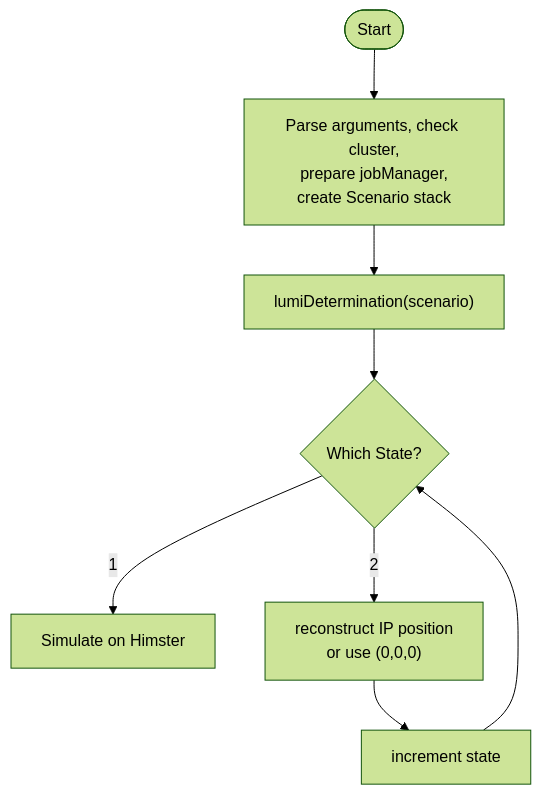
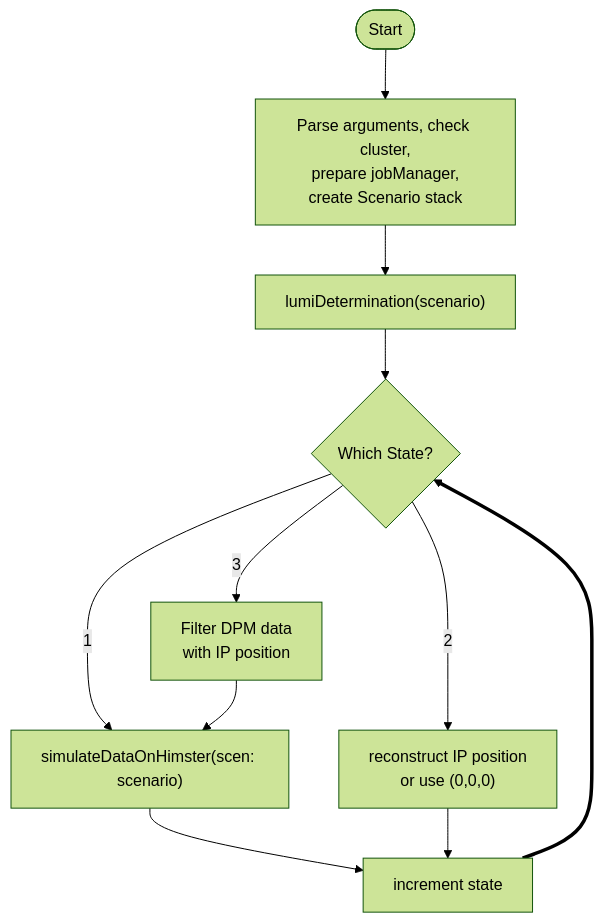
One commit to panda-luminosity-detector-group/LuminosityFit changed the fifth of 6 diagrams in README.md. Above: the diagram before and after it, drawn with Mermaid (forest theme). The commit also changed other lines of this file, not shown here.

Commit message:
updated flowcharts

````diff
--- a/README.md
+++ b/README.md
@@ -182,10 +182,13 @@
 ```mermaid
 flowchart TD
 start([Start]) --> setup[Parse arguments, check cluster,\n prepare jobManager, create Scenario stack]
 setup --> callLumi["lumiDetermination(scenario)"]
 callLumi --> state{Which State?}
-state --1--> simOnHim["Simulate on Himster"]
+state --1--> simOnHim["simulateDataOnHimster(scen: scenario)"]
+simOnHim --> incrementState[increment state]
 state --2--> recoIP["reconstruct IP position\nor use (0,0,0)"]
-recoIP --> incrementState[increment state]
-incrementState --> state
+recoIP --> incrementState
+incrementState ==> state
+state --3--> filterDPM["Filter DPM data\nwith IP position"]
+filterDPM --> simOnHim
 ```
````
